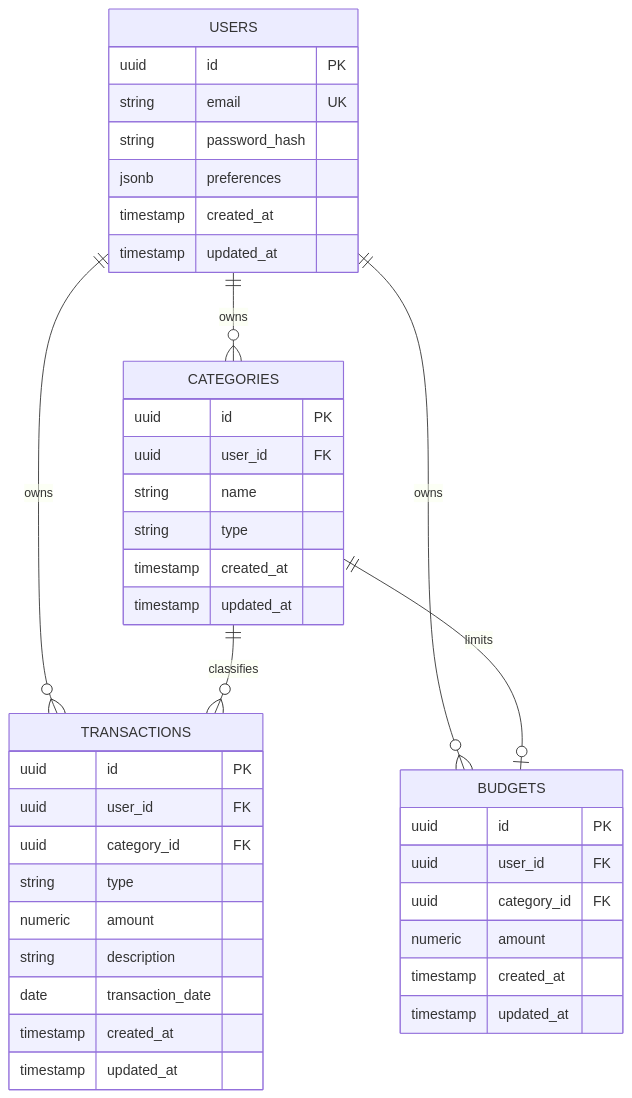
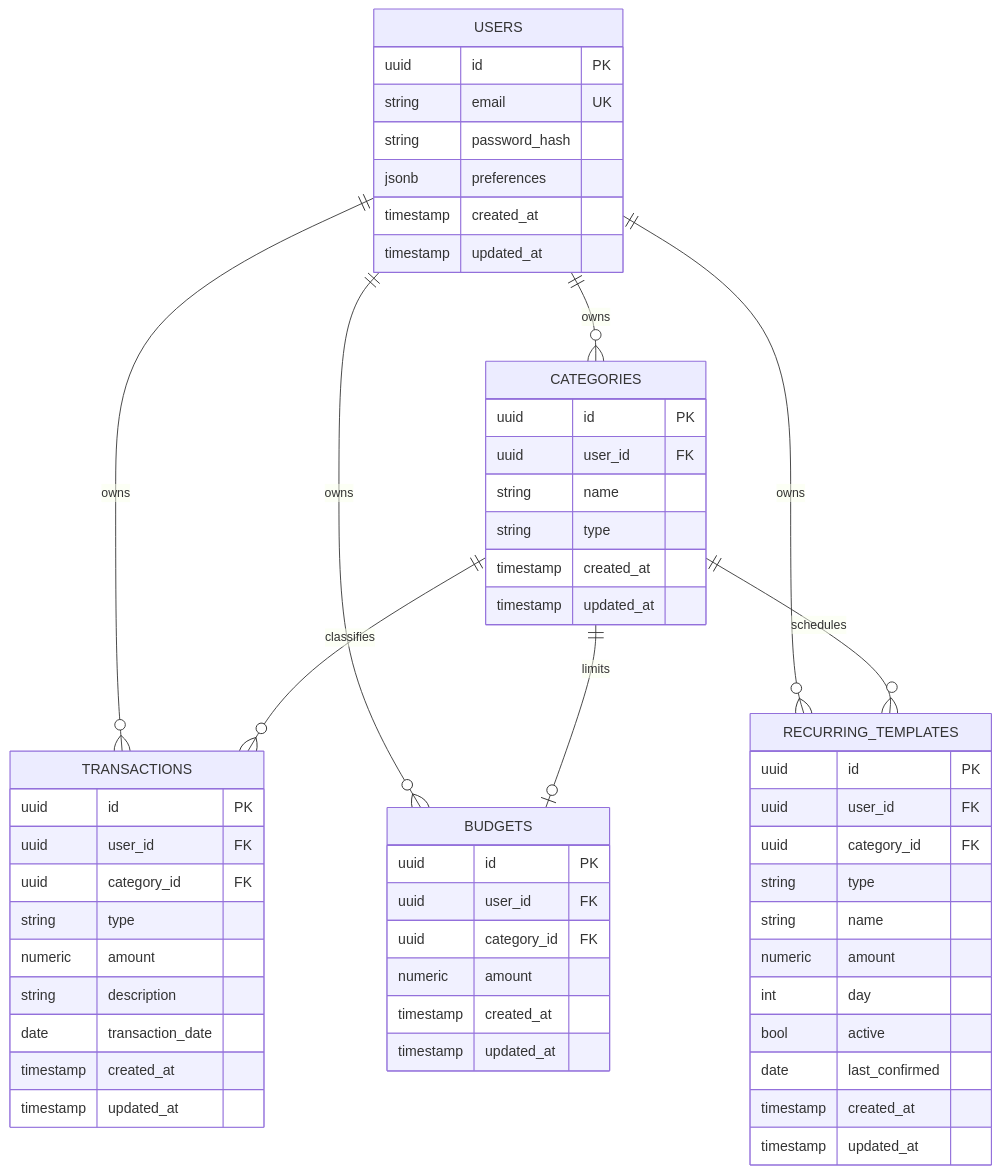
The diagram in docs/erd.md (kianlabs/uangku), drawn with Mermaid before and after one commit. The commit also changed other lines of this file and 52 other files, not shown here.

````diff
--- a/docs/erd.md
+++ b/docs/erd.md
@@ -80,47 +83,63 @@
 ```mermaid
 erDiagram
     USERS ||--o{ CATEGORIES : owns
     USERS ||--o{ TRANSACTIONS : owns
     USERS ||--o{ BUDGETS : owns
+    USERS ||--o{ RECURRING_TEMPLATES : owns
     CATEGORIES ||--o{ TRANSACTIONS : classifies
     CATEGORIES ||--o| BUDGETS : limits
+    CATEGORIES ||--o{ RECURRING_TEMPLATES : schedules
 
     USERS {
         uuid id PK
         string email UK
         string password_hash
         jsonb preferences
         timestamp created_at
         timestamp updated_at
     }
 
     CATEGORIES {
         uuid id PK
         uuid user_id FK
         string name
         string type
         timestamp created_at
         timestamp updated_at
     }
 
     TRANSACTIONS {
         uuid id PK
         uuid user_id FK
         uuid category_id FK
         string type
         numeric amount
         string description
         date transaction_date
         timestamp created_at
         timestamp updated_at
     }
 
     BUDGETS {
         uuid id PK
         uuid user_id FK
         uuid category_id FK
         numeric amount
         timestamp created_at
         timestamp updated_at
     }
+
+    RECURRING_TEMPLATES {
+        uuid id PK
+        uuid user_id FK
+        uuid category_id FK
+        string type
+        string name
+        numeric amount
+        int day
+        bool active
+        date last_confirmed
+        timestamp created_at
+        timestamp updated_at
+    }
 ```
````
